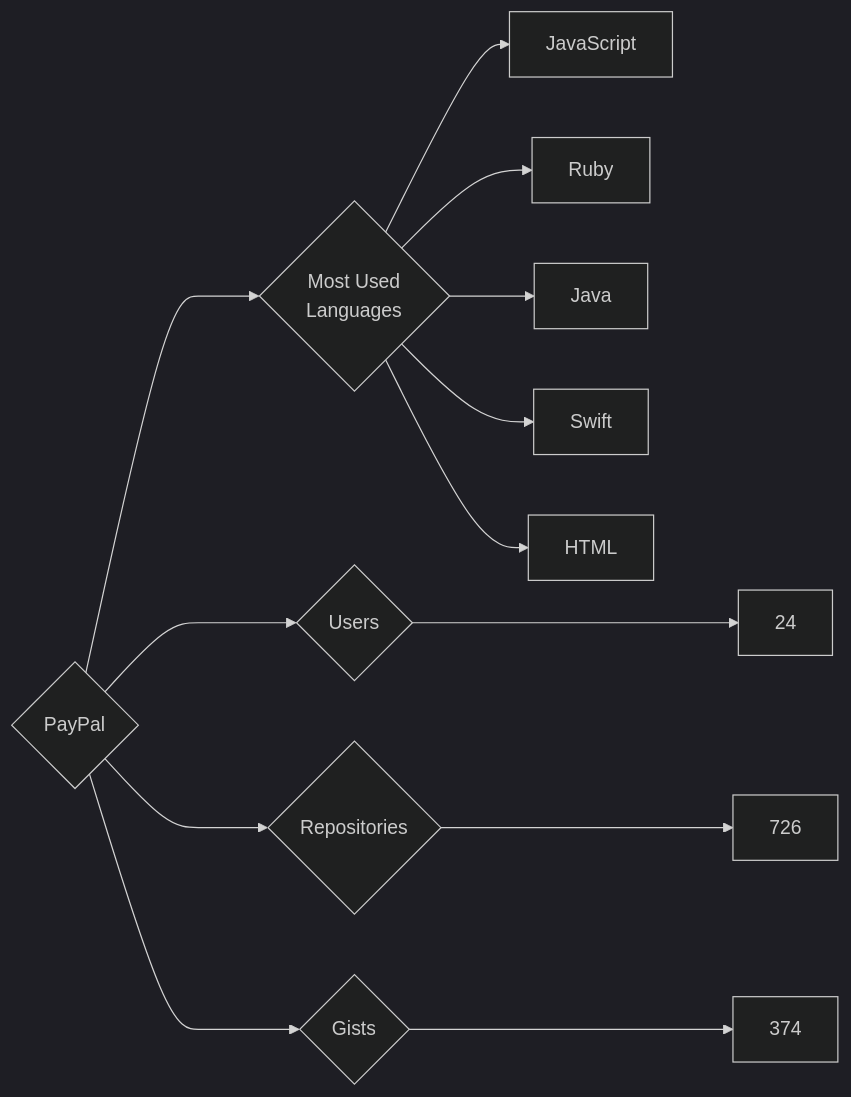
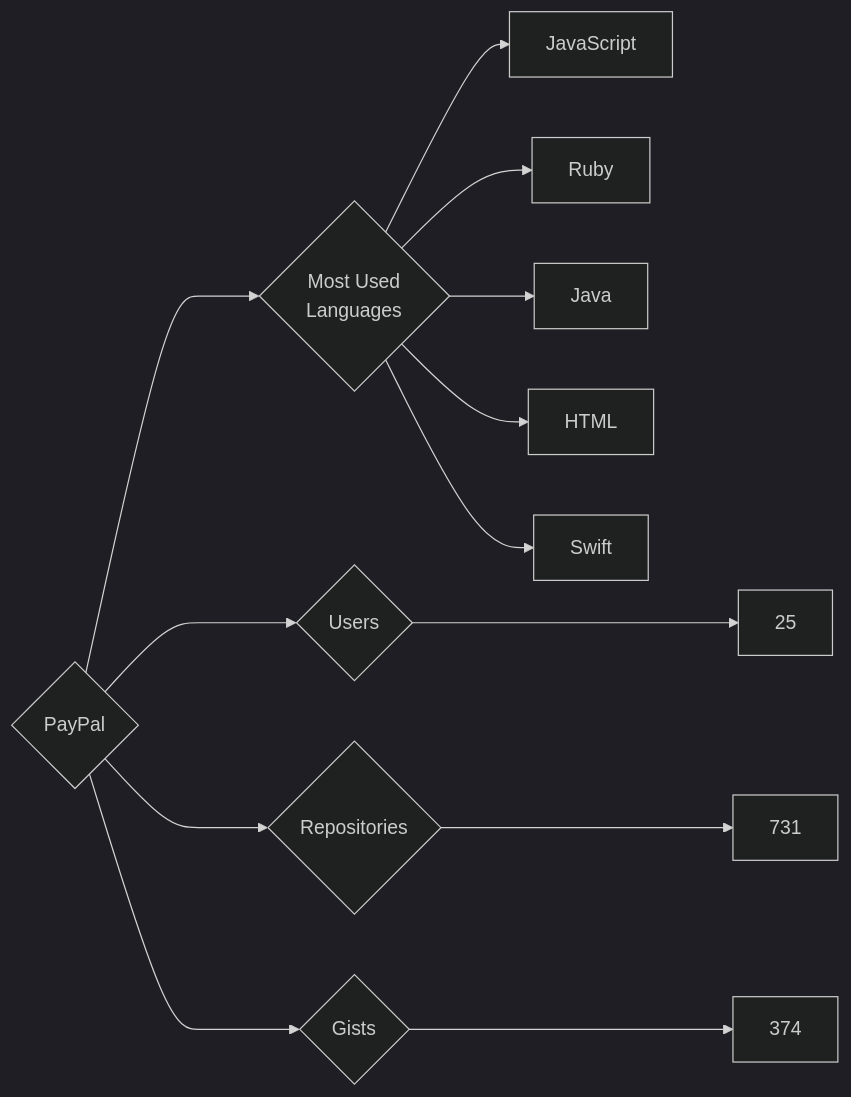
The diagram in targets/PayPal/README.md (trickest/insiders), drawn with Mermaid (dark theme) before and after one commit. The commit also changed 912 other files, not shown here.

````diff
--- a/targets/PayPal/README.md
+++ b/targets/PayPal/README.md
@@ -3,13 +3,13 @@
 ```mermaid
 graph LR
 COMPANY_NAME{PayPal}
-COMPANY_NAME ---> U{Users} ---> UN[24]
-COMPANY_NAME ---> R{Repositories} ---> RN[726]
+COMPANY_NAME ---> U{Users} ---> UN[25]
+COMPANY_NAME ---> R{Repositories} ---> RN[731]
 COMPANY_NAME ---> G{Gists} ---> GN[374]
 COMPANY_NAME ---> ML{Most Used<br>Languages}
 ML --> JavaScript[JavaScript]
 ML --> Ruby[Ruby]
 ML --> Java[Java]
+ML --> HTML[HTML]
 ML --> Swift[Swift]
-ML --> HTML[HTML]
 ```
````
